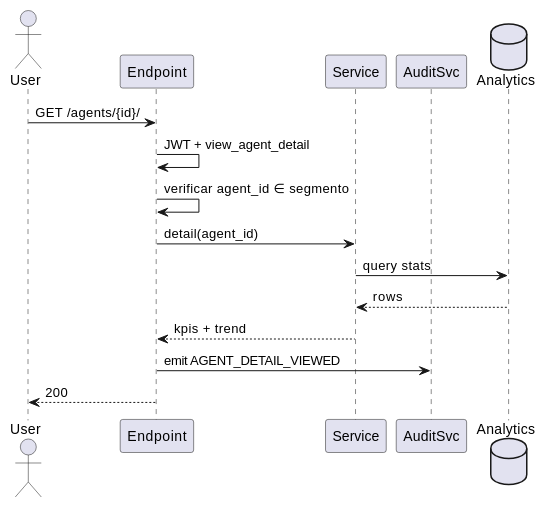
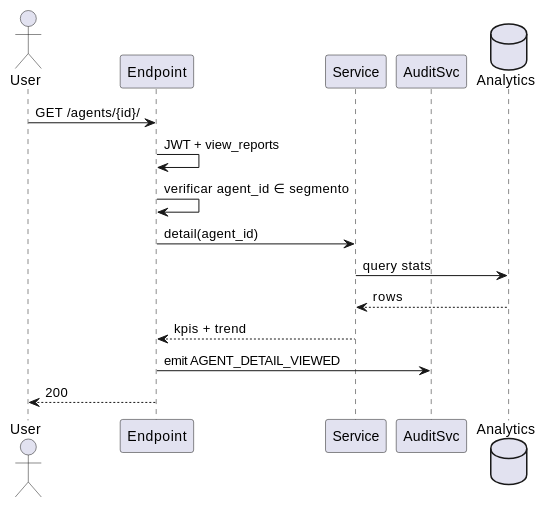
The fourth of 4 diagrams in source/requisitos/casos-uso/reports/uc-rpt-12/diagramas-uml.rst (jcg-admin/IACT-docs), drawn with PlantUML before and after one commit. The commit also changed other lines of this file and 157 other files, not shown here.

First line of the commit message:
Enforce catalog function names across all diagrams

```diff
--- a/source/requisitos/casos-uso/reports/uc-rpt-12/diagramas-uml.rst
+++ b/source/requisitos/casos-uso/reports/uc-rpt-12/diagramas-uml.rst
@@ -77,18 +77,18 @@
 .. uml::
 
  @startuml
  actor "User" as U
  participant "Endpoint" as E
  participant "Service" as S
  participant "AuditSvc" as AU
  database "Analytics" as A
  U -> E: GET /agents/{id}/
- E -> E: JWT + view_agent_detail
+ E -> E: JWT + view_reports
  E -> E: verificar agent_id ∈ segmento
  E -> S: detail(agent_id)
  S -> A: query stats
  A --> S: rows
  S --> E: kpis + trend
  E -> AU: emit AGENT_DETAIL_VIEWED
  E --> U: 200
  @enduml
```
